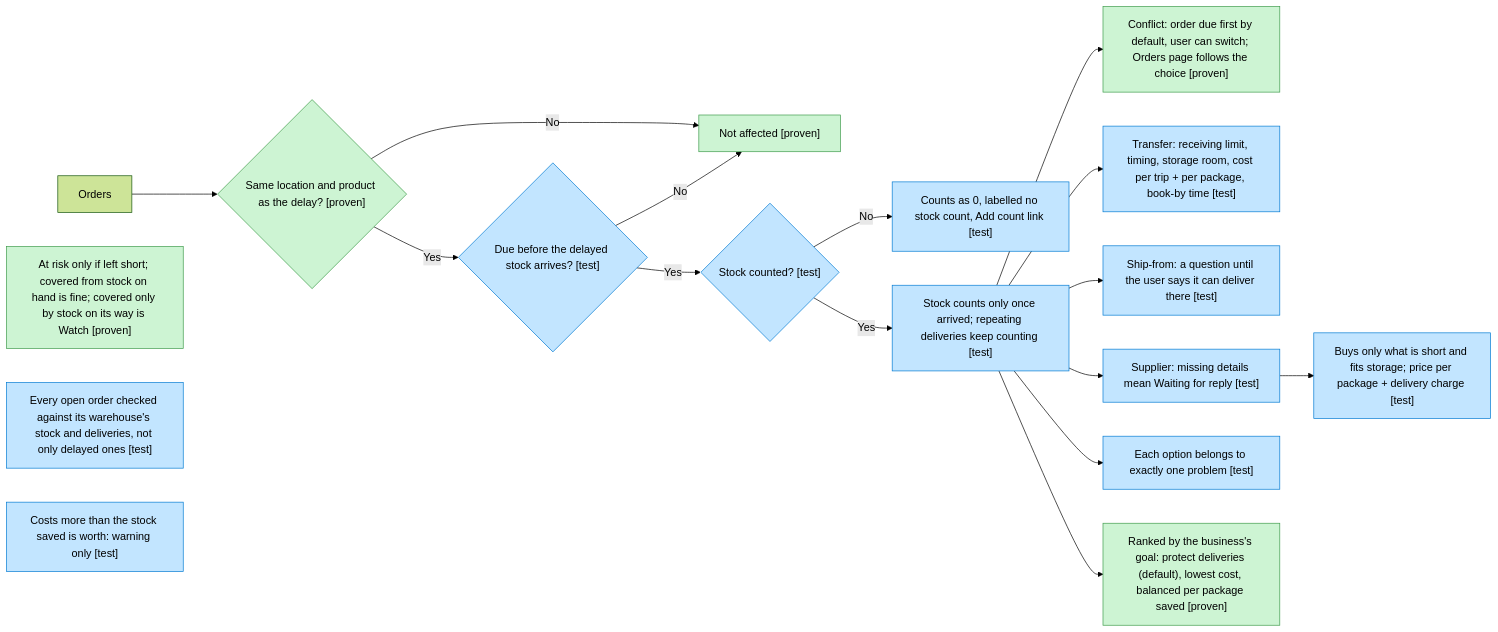
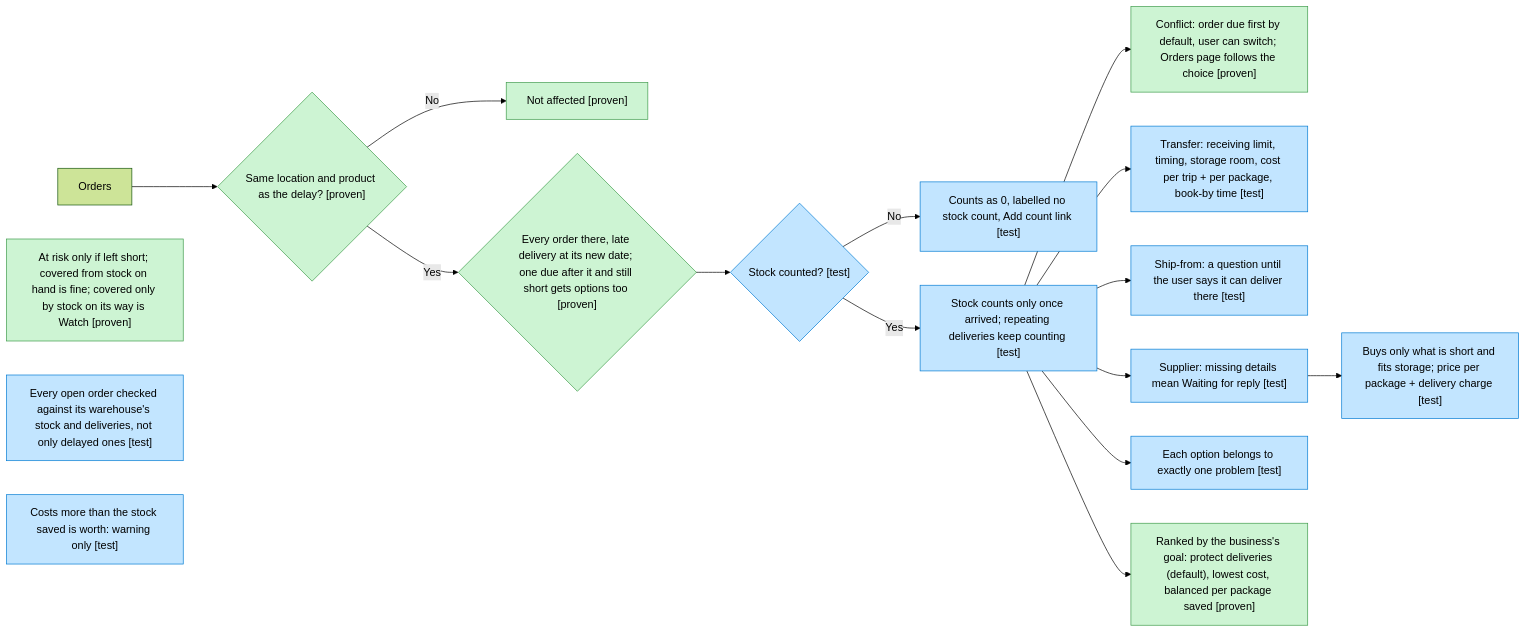
The fourth of 7 diagrams in docs/07-bug-map.md (gouravhanumante/rehearsal-ai-builder-cup), drawn with Mermaid (forest theme) before and after one commit. The commit also changed 8 other files, not shown here.

First line of the commit message:
A delay checks every order at that place, so a later order still short gets options

````diff
--- a/docs/07-bug-map.md
+++ b/docs/07-bug-map.md
@@ -84,24 +84,23 @@
 ```mermaid
 flowchart LR
   o["Orders"] --> loc{"Same location and product as the delay? [proven]"}
   loc -->|"No"| na["Not affected [proven]"]
-  loc -->|"Yes"| due{"Due before the delayed stock arrives? [test]"}
-  due -->|"No"| na
-  due -->|"Yes"| st{"Stock counted? [test]"}
+  loc -->|"Yes"| due{"Every order there, late delivery at its new date; one due after it and still short gets options too [proven]"}
+  due --> st{"Stock counted? [test]"}
   risk["At risk only if left short; covered from stock on hand is fine; covered only by stock on its way is Watch [proven]"]
   st -->|"No"| unk["Counts as 0, labelled no stock count, Add count link [test]"]
   st -->|"Yes"| al["Stock counts only once arrived; repeating deliveries keep counting [test]"]
   all["Every open order checked against its warehouse's stock and deliveries, not only delayed ones [test]"]
   al --> cf["Conflict: order due first by default, user can switch; Orders page follows the choice [proven]"]
   al --> tr["Transfer: receiving limit, timing, storage room, cost per trip + per package, book-by time [test]"]
   al --> sf["Ship-from: a question until the user says it can deliver there [test]"]
   al --> sup["Supplier: missing details mean Waiting for reply [test]"]
   sup --> buy["Buys only what is short and fits storage; price per package + delivery charge [test]"]
   al --> grp["Each option belongs to exactly one problem [test]"]
   al --> rec["Ranked by the business's goal: protect deliveries (default), lowest cost, balanced per package saved [proven]"]
   worth["Costs more than the stock saved is worth: warning only [test]"]
   classDef proven fill:#CDF4D3,stroke:#3E9B4B
   classDef test fill:#C2E5FF,stroke:#007AD2
-  class loc,na,cf,risk,rec proven
-  class due,st,unk,al,all,tr,sf,sup,buy,grp,worth test
+  class loc,na,cf,risk,rec,due proven
+  class st,unk,al,all,tr,sf,sup,buy,grp,worth test
 ```
````
